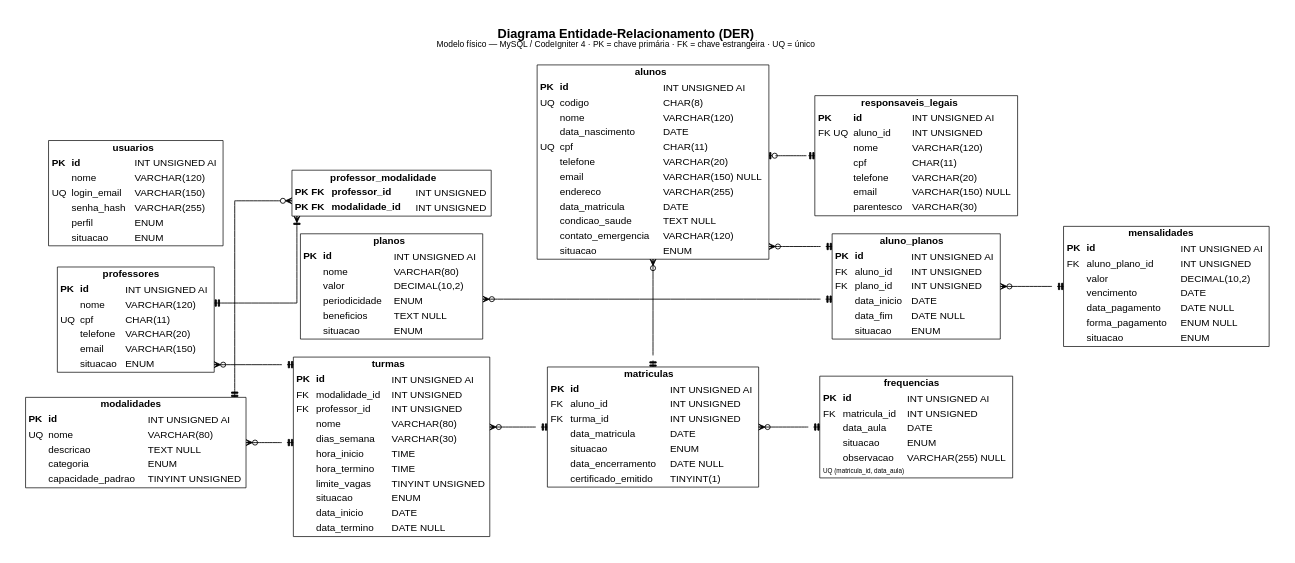
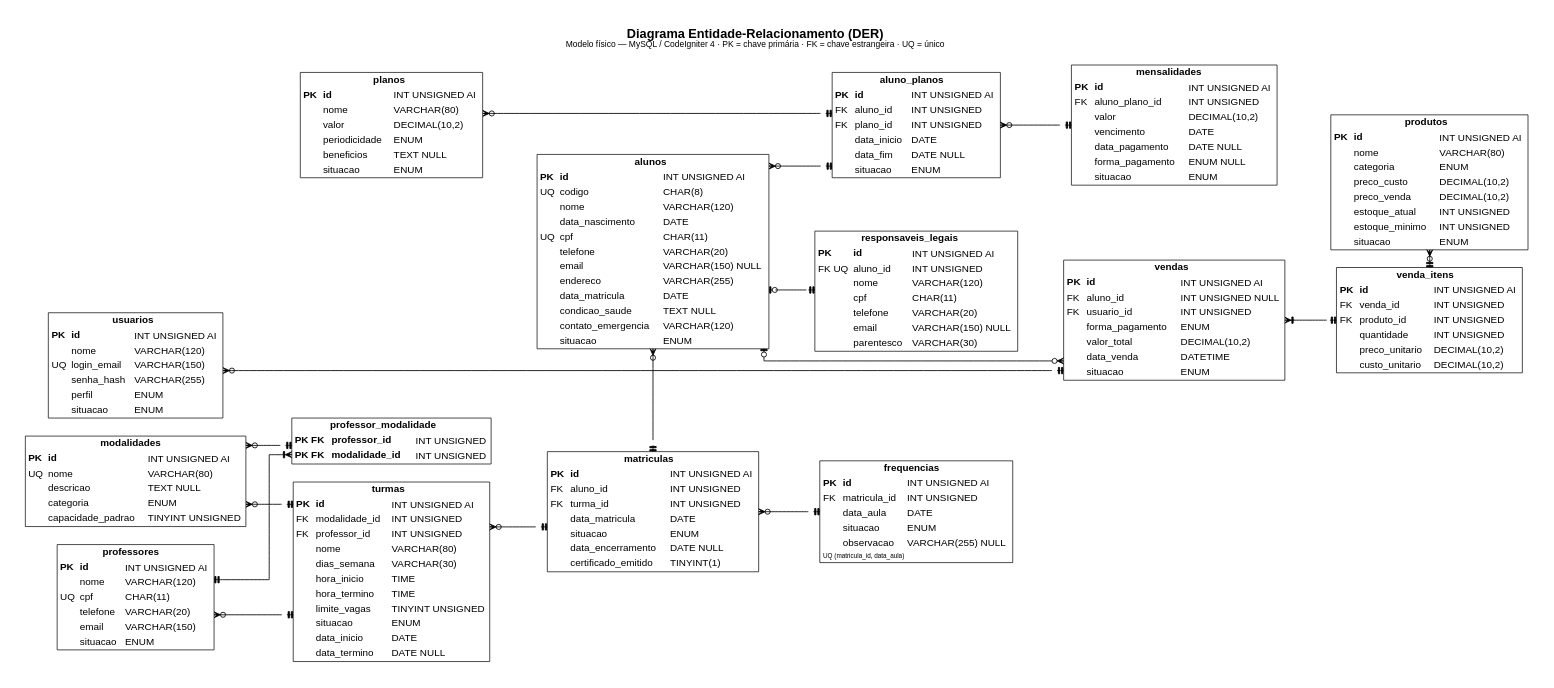
The diagram in docs/analise/diagramas/der.dot (arthurvtl/centro-treinamento-devweb), drawn with Graphviz before and after one commit. The commit also changed 13 other files, not shown here.

```diff
--- a/docs/analise/diagramas/der.dot
+++ b/docs/analise/diagramas/der.dot
@@ -152,12 +152,49 @@
       <tr><td></td><td align="left">situacao</td><td align="left"><font color="#000000">ENUM</font></td></tr>
     </table>>];
 
+  produtos [label=<
+    <table border="1" cellborder="0" cellspacing="0" cellpadding="3" color="#000000">
+      <tr><td colspan="3"><b>produtos</b></td></tr>
+      <tr><td align="left"><font color="#000000"><b>PK</b></font></td><td align="left"><b>id</b></td><td align="left"><font color="#000000">INT UNSIGNED AI</font></td></tr>
+      <tr><td></td><td align="left">nome</td><td align="left"><font color="#000000">VARCHAR(80)</font></td></tr>
+      <tr><td></td><td align="left">categoria</td><td align="left"><font color="#000000">ENUM</font></td></tr>
+      <tr><td></td><td align="left">preco_custo</td><td align="left"><font color="#000000">DECIMAL(10,2)</font></td></tr>
+      <tr><td></td><td align="left">preco_venda</td><td align="left"><font color="#000000">DECIMAL(10,2)</font></td></tr>
+      <tr><td></td><td align="left">estoque_atual</td><td align="left"><font color="#000000">INT UNSIGNED</font></td></tr>
+      <tr><td></td><td align="left">estoque_minimo</td><td align="left"><font color="#000000">INT UNSIGNED</font></td></tr>
+      <tr><td></td><td align="left">situacao</td><td align="left"><font color="#000000">ENUM</font></td></tr>
+    </table>>];
+
+  vendas [label=<
+    <table border="1" cellborder="0" cellspacing="0" cellpadding="3" color="#000000">
+      <tr><td colspan="3"><b>vendas</b></td></tr>
+      <tr><td align="left"><font color="#000000"><b>PK</b></font></td><td align="left"><b>id</b></td><td align="left"><font color="#000000">INT UNSIGNED AI</font></td></tr>
+      <tr><td align="left"><font color="#000000">FK</font></td><td align="left">aluno_id</td><td align="left"><font color="#000000">INT UNSIGNED NULL</font></td></tr>
+      <tr><td align="left"><font color="#000000">FK</font></td><td align="left">usuario_id</td><td align="left"><font color="#000000">INT UNSIGNED</font></td></tr>
+      <tr><td></td><td align="left">forma_pagamento</td><td align="left"><font color="#000000">ENUM</font></td></tr>
+      <tr><td></td><td align="left">valor_total</td><td align="left"><font color="#000000">DECIMAL(10,2)</font></td></tr>
+      <tr><td></td><td align="left">data_venda</td><td align="left"><font color="#000000">DATETIME</font></td></tr>
+      <tr><td></td><td align="left">situacao</td><td align="left"><font color="#000000">ENUM</font></td></tr>
+    </table>>];
+
+  venda_itens [label=<
+    <table border="1" cellborder="0" cellspacing="0" cellpadding="3" color="#000000">
+      <tr><td colspan="3"><b>venda_itens</b></td></tr>
+      <tr><td align="left"><font color="#000000"><b>PK</b></font></td><td align="left"><b>id</b></td><td align="left"><font color="#000000">INT UNSIGNED AI</font></td></tr>
+      <tr><td align="left"><font color="#000000">FK</font></td><td align="left">venda_id</td><td align="left"><font color="#000000">INT UNSIGNED</font></td></tr>
+      <tr><td align="left"><font color="#000000">FK</font></td><td align="left">produto_id</td><td align="left"><font color="#000000">INT UNSIGNED</font></td></tr>
+      <tr><td></td><td align="left">quantidade</td><td align="left"><font color="#000000">INT UNSIGNED</font></td></tr>
+      <tr><td></td><td align="left">preco_unitario</td><td align="left"><font color="#000000">DECIMAL(10,2)</font></td></tr>
+      <tr><td></td><td align="left">custo_unitario</td><td align="left"><font color="#000000">DECIMAL(10,2)</font></td></tr>
+    </table>>];
+
   // ---------- Colunas do layout ----------
   { rank=same; modalidades; professores; usuarios; }
   { rank=same; professor_modalidade; turmas; planos; }
   { rank=same; matriculas; alunos; }
   { rank=same; frequencias; responsaveis_legais; aluno_planos; }
-  { rank=same; mensalidades; }
+  { rank=same; mensalidades; vendas; }
+  { rank=same; venda_itens; produtos; }
   usuarios -> professor_modalidade [style=invis, dir=none];
 
   // ---------- Relacionamentos (tail = lado "um", head = lado "muitos") ----------
@@ -172,4 +209,8 @@
   planos -> aluno_planos              [arrowtail=teetee, arrowhead=crowodot];
   matriculas -> frequencias           [arrowtail=teetee, arrowhead=crowodot];
   aluno_planos -> mensalidades        [arrowtail=teetee, arrowhead=crowodot];
+  alunos -> vendas                    [arrowtail=teeodot, arrowhead=crowodot];
+  usuarios -> vendas                  [arrowtail=teetee, arrowhead=crowodot];
+  vendas -> venda_itens               [arrowtail=teetee, arrowhead=crowtee];
+  produtos -> venda_itens             [arrowtail=teetee, arrowhead=crowodot];
 }
```
